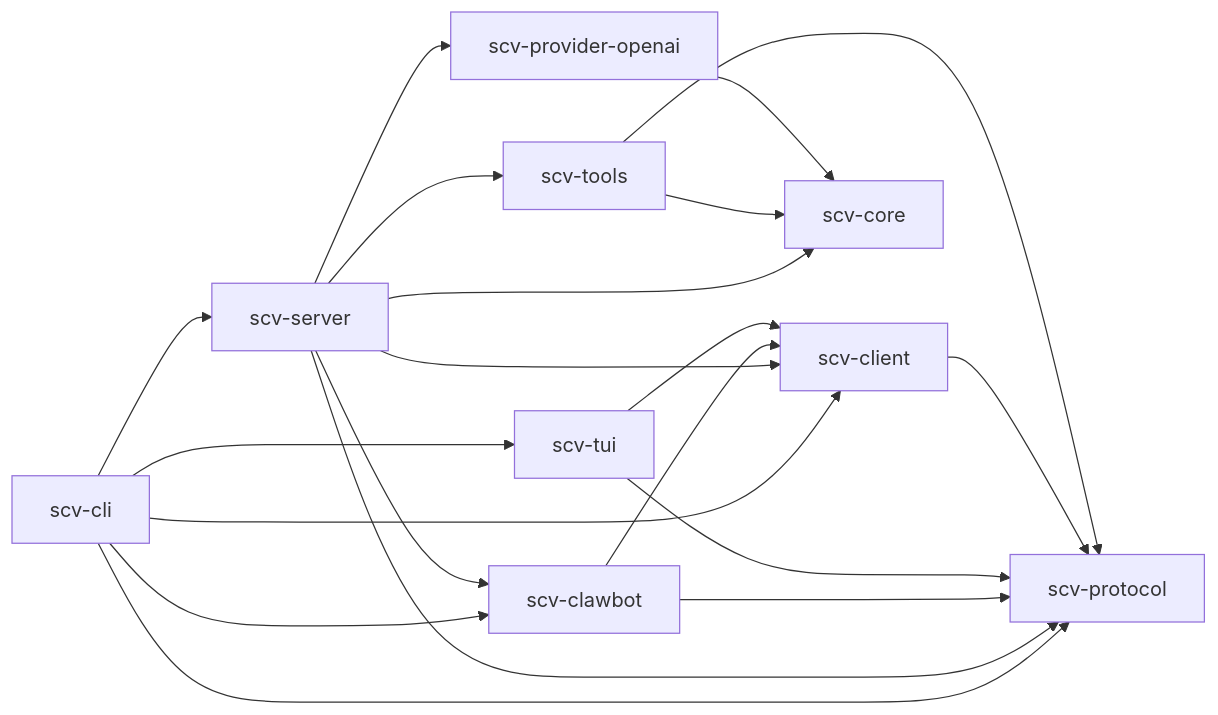
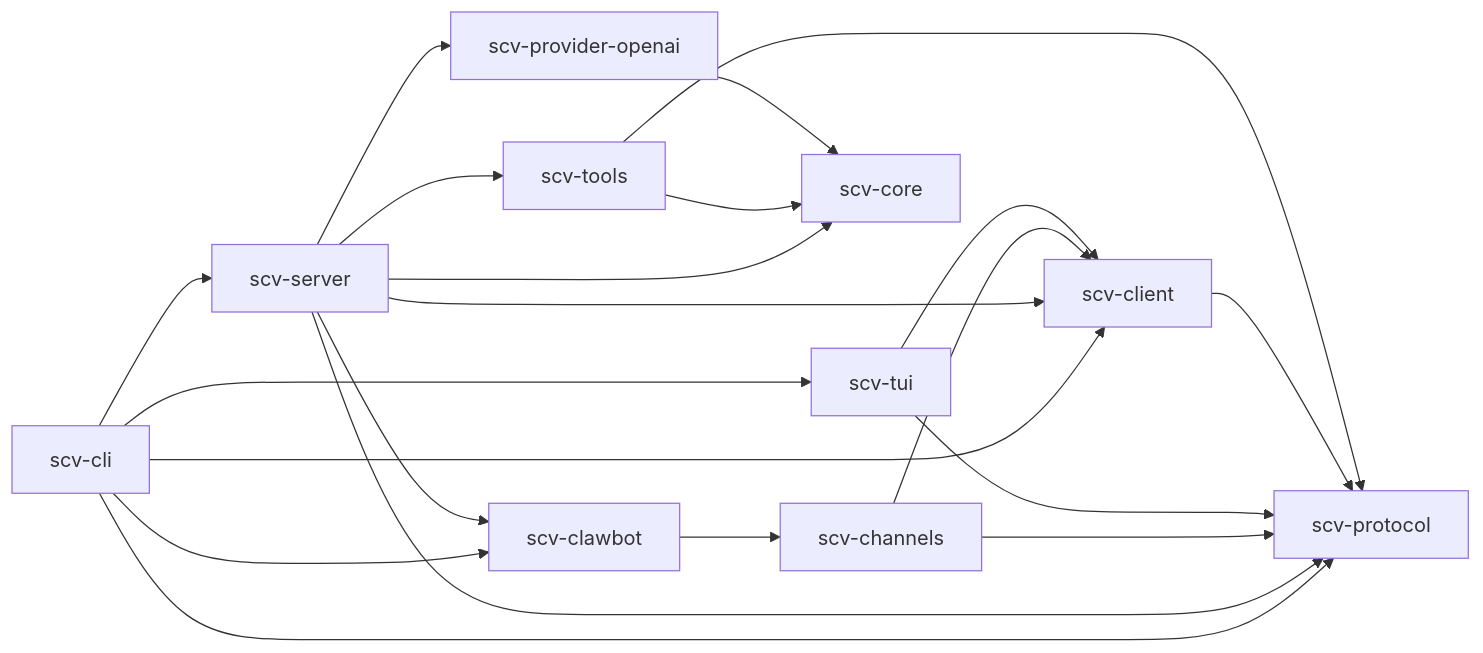
Before and after one commit to PeiyuanQi/scv: the diagram in docs/architecture.md, drawn with Mermaid. The commit also changed other lines of this file and 21 other files, not shown here.

First line of the commit message:
refactor: extract the shared channel bridge into scv-channels

````diff
--- a/docs/architecture.md
+++ b/docs/architecture.md
@@ -15,22 +15,23 @@
 ```mermaid
 flowchart LR
     cli["scv-cli"] --> server["scv-server"]
     cli --> tui["scv-tui"]
     cli --> clawbot["scv-clawbot"]
     cli --> client["scv-client"]
     cli --> protocol["scv-protocol"]
     server --> clawbot
     server --> client
     server --> protocol
     server --> core["scv-core"]
     server --> tools["scv-tools"]
     server --> provider["scv-provider-openai"]
-    clawbot --> client
-    clawbot --> protocol
+    clawbot --> channels["scv-channels"]
+    channels --> client
+    channels --> protocol
     tui --> client
     tui --> protocol
     client --> protocol
     tools --> core
     tools --> protocol
     provider --> core
 ```
````
